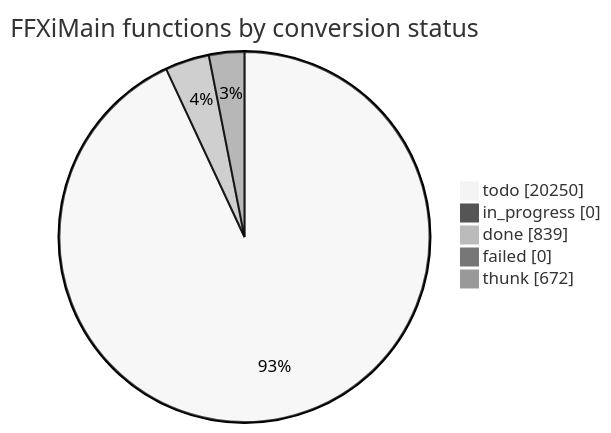
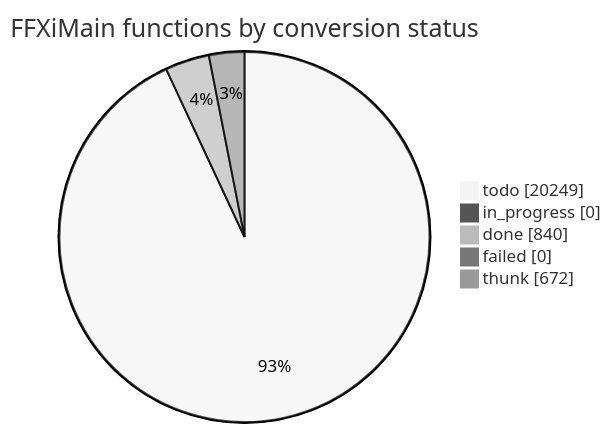
One commit to cowrevenge/cow_kuluu_xi_anything changed the diagram in docs/cow/STATUS.md. Above: the diagram before and after it, drawn with Mermaid (neutral theme). The commit also changed other lines of this file and 9 other files, not shown here.

````diff
--- a/docs/cow/STATUS.md
+++ b/docs/cow/STATUS.md
@@ -18,9 +18,9 @@
 ```mermaid
 pie showData
     title FFXiMain functions by conversion status
-    "todo" : 20250
+    "todo" : 20249
     "in_progress" : 0
-    "done" : 839
+    "done" : 840
     "failed" : 0
     "thunk" : 672
 ```
````
